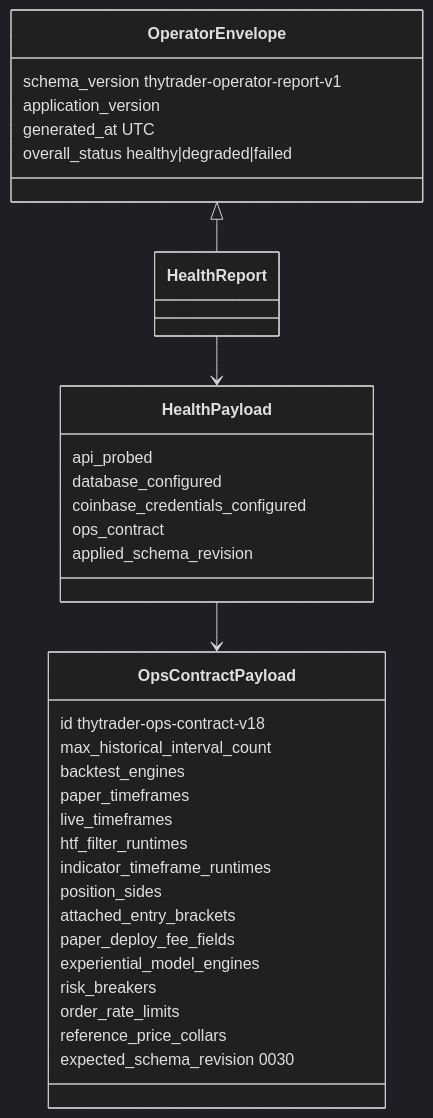
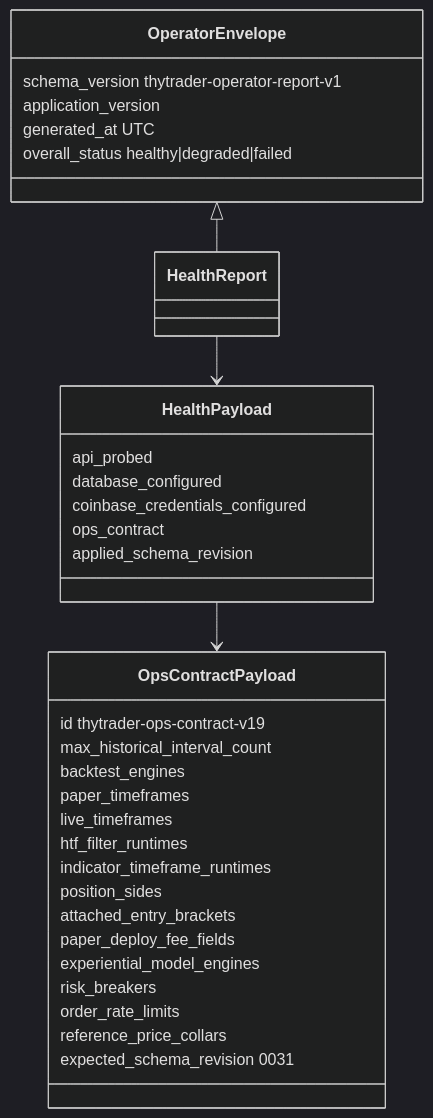
Before and after one commit to Zoltesh/thytrader: the first of 2 diagrams in docs/architecture/contracts/ops-contract.md, drawn with Mermaid (dark theme). The commit also changed other lines of this file and 49 other files, not shown here.

````diff
--- a/docs/architecture/contracts/ops-contract.md
+++ b/docs/architecture/contracts/ops-contract.md
@@ -30,36 +30,36 @@
 ```mermaid
 classDiagram
   class OpsContractPayload {
-    id thytrader-ops-contract-v18
+    id thytrader-ops-contract-v19
     max_historical_interval_count
     backtest_engines
     paper_timeframes
     live_timeframes
     htf_filter_runtimes
     indicator_timeframe_runtimes
     position_sides
     attached_entry_brackets
     paper_deploy_fee_fields
     experiential_model_engines
     risk_breakers
     order_rate_limits
     reference_price_collars
-    expected_schema_revision 0030
+    expected_schema_revision 0031
   }
   class HealthPayload {
     api_probed
     database_configured
     coinbase_credentials_configured
     ops_contract
     applied_schema_revision
   }
   class OperatorEnvelope {
     schema_version thytrader-operator-report-v1
     application_version
     generated_at UTC
     overall_status healthy|degraded|failed
   }
   HealthPayload --> OpsContractPayload
   OperatorEnvelope <|-- HealthReport
   HealthReport --> HealthPayload
 ```
````
